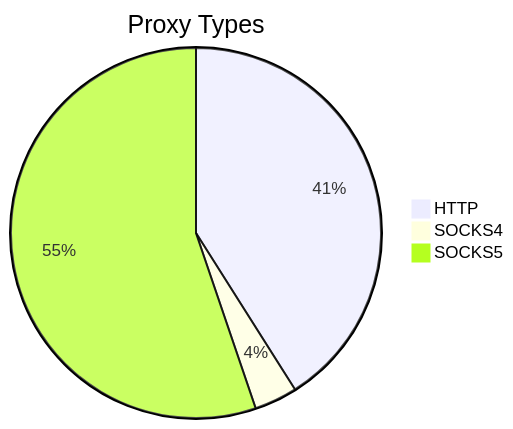
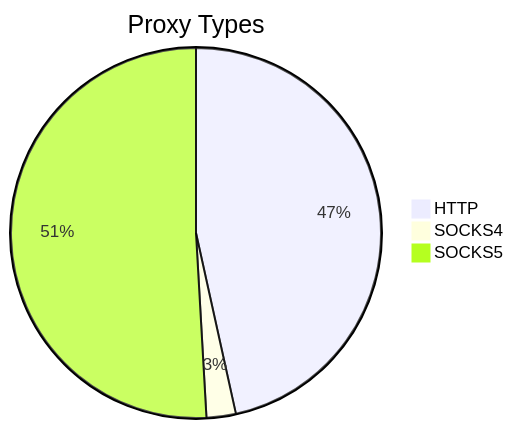
The first of 2 diagrams in README.md (stormsia/proxy-list), drawn with Mermaid before and after one commit. The commit also changed other lines of this file, not shown here.

````diff
--- a/README.md
+++ b/README.md
@@ -21,6 +21,6 @@
 ```mermaid
 pie title Proxy Types
-    "HTTP" : 546
-    "SOCKS4" : 50
-    "SOCKS5" : 735
+    "HTTP" : 619
+    "SOCKS4" : 34
+    "SOCKS5" : 677
 ```
````
